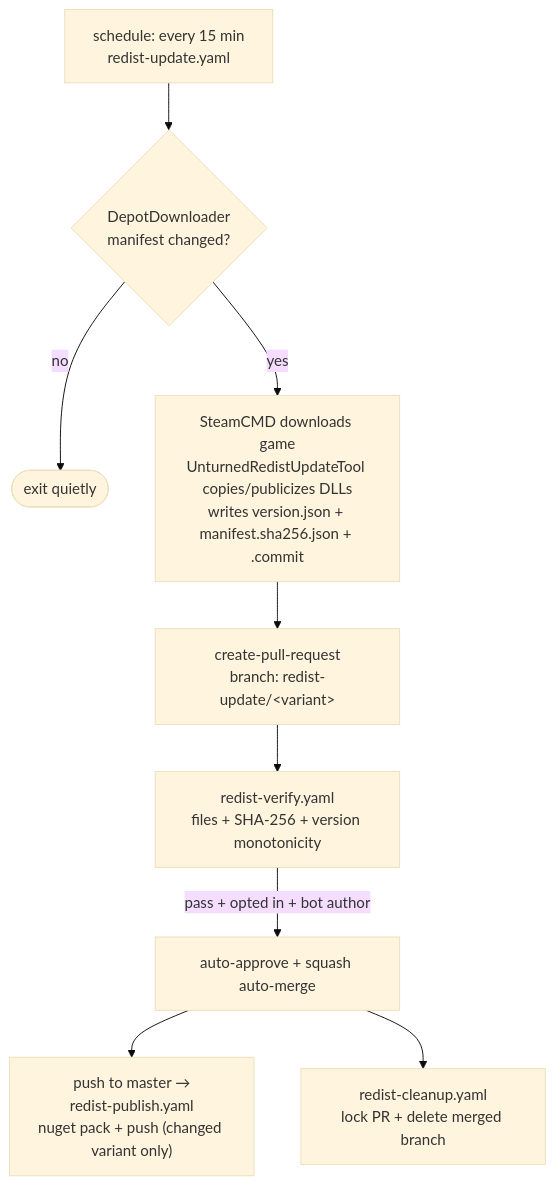
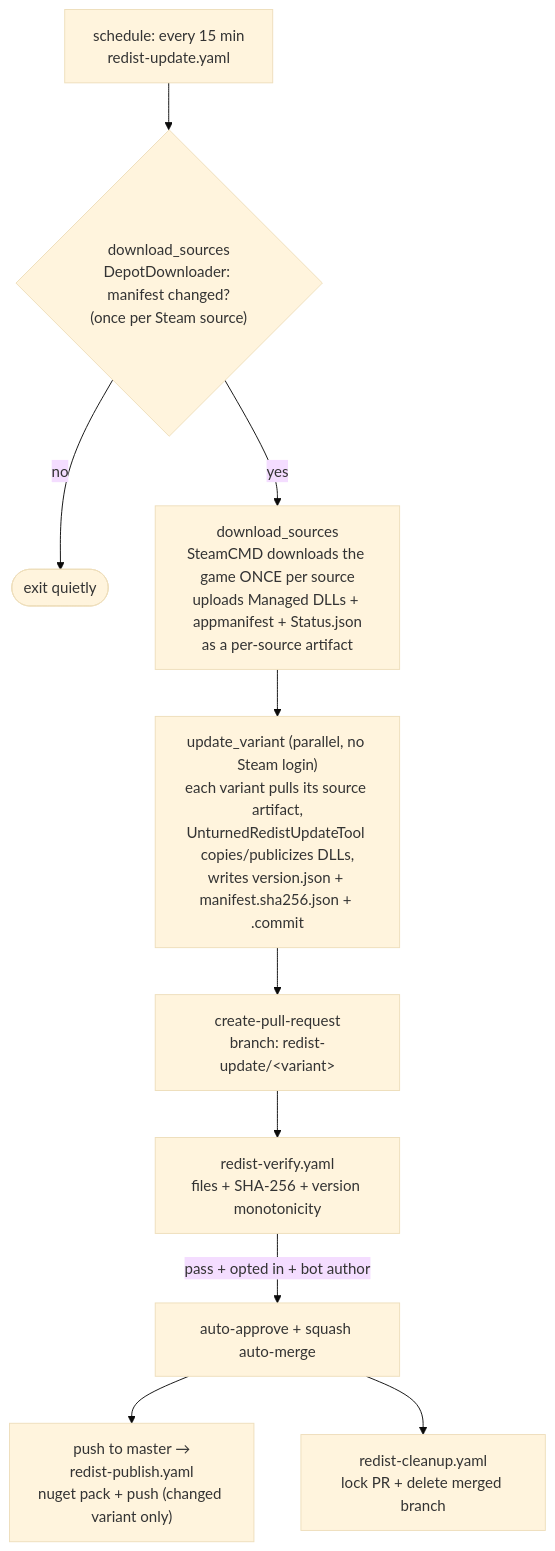
The diagram in ARCHITECTURE.md (RocketModFix/RocketModFix.Unturned.Redist), drawn with Mermaid (base theme) before and after one commit. The commit also changed other lines of this file, not shown here.

Commit message:
docs: describe download-once-per-source update flow (download_sources + update_variant)

````diff
--- a/ARCHITECTURE.md
+++ b/ARCHITECTURE.md
@@ -16,11 +16,12 @@
 ```mermaid
 flowchart TD
-    cron["schedule: every 15 min<br/>redist-update.yaml"] --> probe{"DepotDownloader<br/>manifest changed?"}
+    cron["schedule: every 15 min<br/>redist-update.yaml"] --> probe{"download_sources<br/>DepotDownloader: manifest changed?<br/>(once per Steam source)"}
     probe -- no --> done([exit quietly])
-    probe -- yes --> dl["SteamCMD downloads game<br/>UnturnedRedistUpdateTool copies/publicizes DLLs<br/>writes version.json + manifest.sha256.json + .commit"]
-    dl --> pr["create-pull-request<br/>branch: redist-update/&lt;variant&gt;"]
+    probe -- yes --> dl["download_sources<br/>SteamCMD downloads the game ONCE per source<br/>uploads Managed DLLs + appmanifest + Status.json<br/>as a per-source artifact"]
+    dl --> upd["update_variant (parallel, no Steam login)<br/>each variant pulls its source artifact,<br/>UnturnedRedistUpdateTool copies/publicizes DLLs,<br/>writes version.json + manifest.sha256.json + .commit"]
+    upd --> pr["create-pull-request<br/>branch: redist-update/&lt;variant&gt;"]
     pr --> verify["redist-verify.yaml<br/>files + SHA-256 + version monotonicity"]
     verify -- pass + opted in + bot author --> merge["auto-approve + squash auto-merge"]
     merge --> push["push to master →<br/>redist-publish.yaml<br/>nuget pack + push (changed variant only)"]
     merge --> cleanup["redist-cleanup.yaml<br/>lock PR + delete merged branch"]
 ```
````
